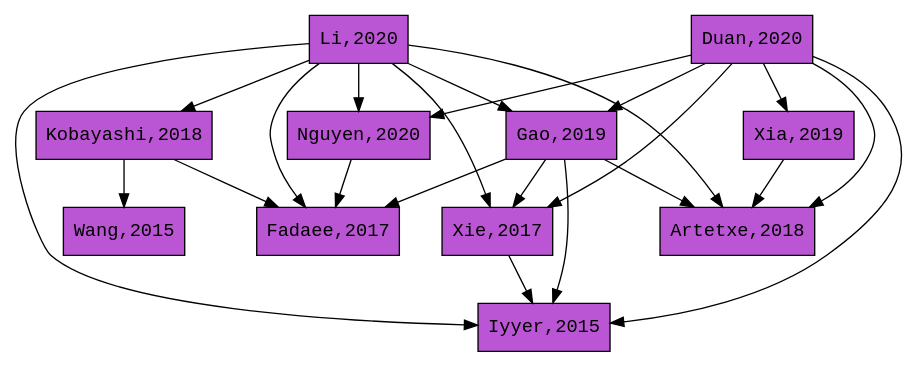
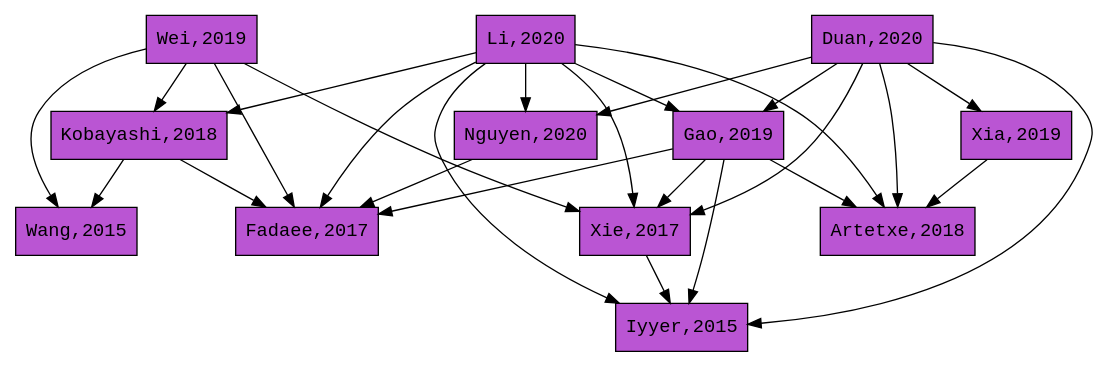
Before and after one commit to nikhilkmr300/indic-aug: the diagram in citation_graph.gv, drawn with Graphviz. The commit also changed 8 other files, not shown here.

```diff
--- a/citation_graph.gv
+++ b/citation_graph.gv
@@ -1,37 +1,44 @@
 digraph G {
 	node [shape=box style=filled fillcolor=mediumorchid fontname=Courier fontcolor=black];
 	edge [color=black];
-	1 -> 6;
-	2 -> 1;
-	2 -> 5;
-	2 -> 9;
-	2 -> 8;
-	2 -> 10;
-	2 -> 11;
-	2 -> 6;
-	4 -> 11;
-	4 -> 10;
-	4 -> 6;
-	4 -> 5;
-	4 -> 7;
-	4 -> 1;
-	5 -> 9;
-	7 -> 11;
-	8 -> 9;
-	8 -> 3;
-	10 -> 11;
-	10 -> 9;
-	10 -> 6;
-	10 -> 1;
-	1 [label="Xie,2017"];
-	2 [label="Li,2020"];
-	3 [label="Wang,2015"];
-	4 [label="Duan,2020"];
-	5 [label="Nguyen,2020"];
-	6 [label="Iyyer,2015"];
-	7 [label="Xia,2019"];
-	8 [label="Kobayashi,2018"]
-	9 [label="Fadaee,2017"];
-	10 [label="Gao,2019"];
-	11 [label="Artetxe,2018"]
+
+	Xie -> Iyyer;
+	Li -> Xie;
+	Li -> Nguyen;
+	Li -> Fadaee;
+	Li -> Kobayashi;
+	Li -> Gao;
+	Li -> Artetxe;
+	Li -> Iyyer;
+	Duan -> Artetxe;
+	Duan -> Gao;
+	Duan -> Iyyer;
+	Duan -> Nguyen;
+	Duan -> Xia;
+	Duan -> Xie;
+	Nguyen -> Fadaee;
+	Xia -> Artetxe;
+	Kobayashi -> Fadaee;
+	Kobayashi -> Wang;
+	Gao -> Artetxe;
+	Gao -> Fadaee;
+	Gao -> Iyyer;
+	Gao -> Xie;
+	Wei -> Fadaee;
+	Wei -> Kobayashi;
+	Wei -> Wang;
+	Wei -> Xie;
+
+	Xie [label="Xie,2017"];
+	Li [label="Li,2020"];
+	Wang [label="Wang,2015"];
+	Duan [label="Duan,2020"];
+	Nguyen [label="Nguyen,2020"];
+	Iyyer [label="Iyyer,2015"];
+	Xia [label="Xia,2019"];
+	Kobayashi [label="Kobayashi,2018"]
+	Fadaee [label="Fadaee,2017"];
+	Gao [label="Gao,2019"];
+	Artetxe [label="Artetxe,2018"]
+	Wei [label="Wei,2019"]
 }
```
